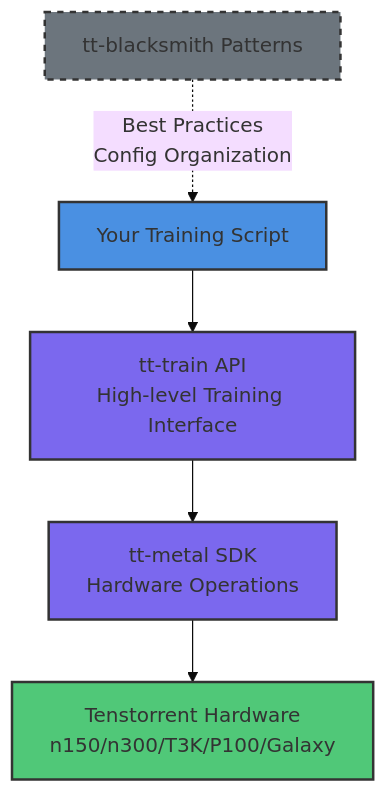
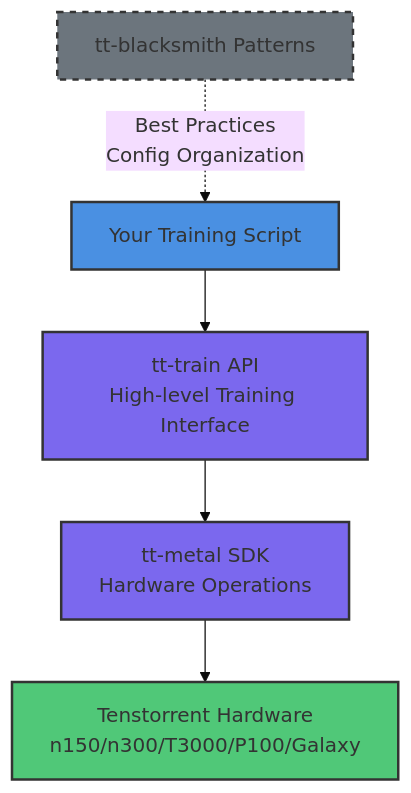
Before and after one commit to tenstorrent/tt-vscode-toolkit: the first of 2 diagrams in content/lessons/ct1-understanding-training.md, drawn with Mermaid (base theme). The commit also changed other lines of this file and 54 other files, not shown here.

````diff
--- a/content/lessons/ct1-understanding-training.md
+++ b/content/lessons/ct1-understanding-training.md
@@ -121,14 +121,14 @@
 ```mermaid
 graph TD
     A[Your Training Script] --> B[tt-train API<br/>High-level Training Interface]
     B --> C[tt-metal SDK<br/>Hardware Operations]
-    C --> D[Tenstorrent Hardware<br/>n150/n300/T3K/P100/Galaxy]
+    C --> D[Tenstorrent Hardware<br/>n150/n300/T3000/P100/Galaxy]
 
     E[tt-blacksmith Patterns] -.->|Best Practices<br/>Config Organization| A
 
     style A fill:#4A90E2,stroke:#333,stroke-width:2px
     style B fill:#7B68EE,stroke:#333,stroke-width:2px
     style C fill:#7B68EE,stroke:#333,stroke-width:2px
     style D fill:#50C878,stroke:#333,stroke-width:2px
     style E fill:#6C757D,stroke:#333,stroke-width:2px,stroke-dasharray: 5 5
 ```
````
